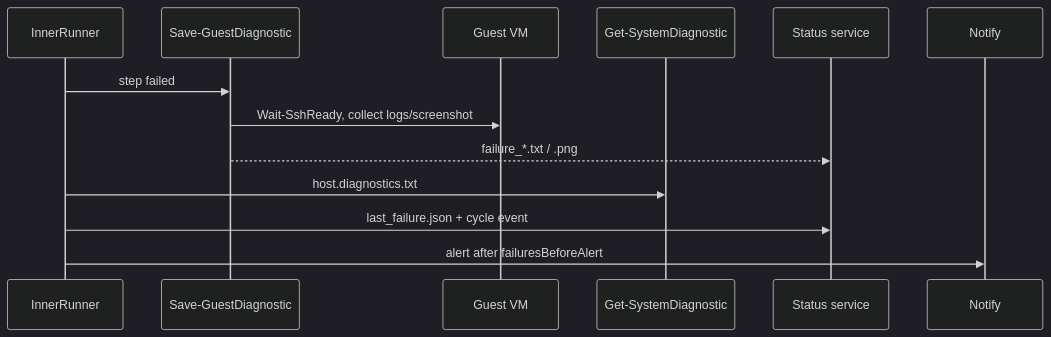
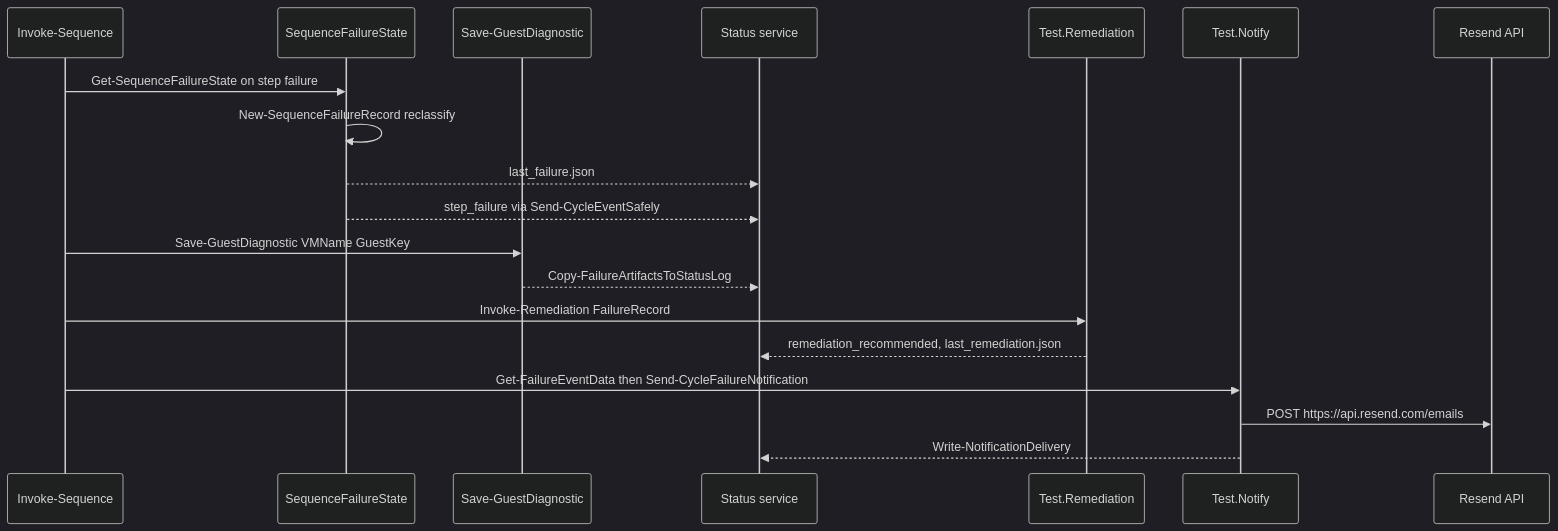
Before and after one commit to alissonsol/yuruna: the fourth of 6 diagrams in docs/design/03-data-flows.md, drawn with Mermaid (dark theme). The commit also changed other lines of this file and 652 other files, not shown here.

````diff
--- a/docs/design/03-data-flows.md
+++ b/docs/design/03-data-flows.md
@@ -183,16 +321,22 @@
 ```mermaid
 sequenceDiagram
-    participant Inner as InnerRunner
+    participant Engine as Invoke-Sequence
+    participant Fail as SequenceFailureState
     participant Diag as Save-GuestDiagnostic
-    participant Guest as Guest VM
-    participant HostDiag as Get-SystemDiagnostic
     participant Status as Status service
-    participant Notify
+    participant Remed as Test.Remediation
+    participant Notify as Test.Notify
+    participant Resend as Resend API
 
-    Inner->>Diag: step failed
-    Diag->>Guest: Wait-SshReady, collect logs/screenshot
-    Diag-->>Status: failure_*.txt / .png
-    Inner->>HostDiag: host.diagnostics.txt
-    Inner->>Status: last_failure.json + cycle event
-    Inner->>Notify: alert after failuresBeforeAlert
+    Engine->>Fail: Get-SequenceFailureState on step failure
+    Fail->>Fail: New-SequenceFailureRecord reclassify
+    Fail-->>Status: last_failure.json
+    Fail-->>Status: step_failure via Send-CycleEventSafely
+    Engine->>Diag: Save-GuestDiagnostic VMName GuestKey
+    Diag-->>Status: Copy-FailureArtifactsToStatusLog
+    Engine->>Remed: Invoke-Remediation FailureRecord
+    Remed-->>Status: remediation_recommended, last_remediation.json
+    Engine->>Notify: Get-FailureEventData then Send-CycleFailureNotification
+    Notify->>Resend: POST https://api.resend.com/emails
+    Notify-->>Status: Write-NotificationDelivery
 ```
````
